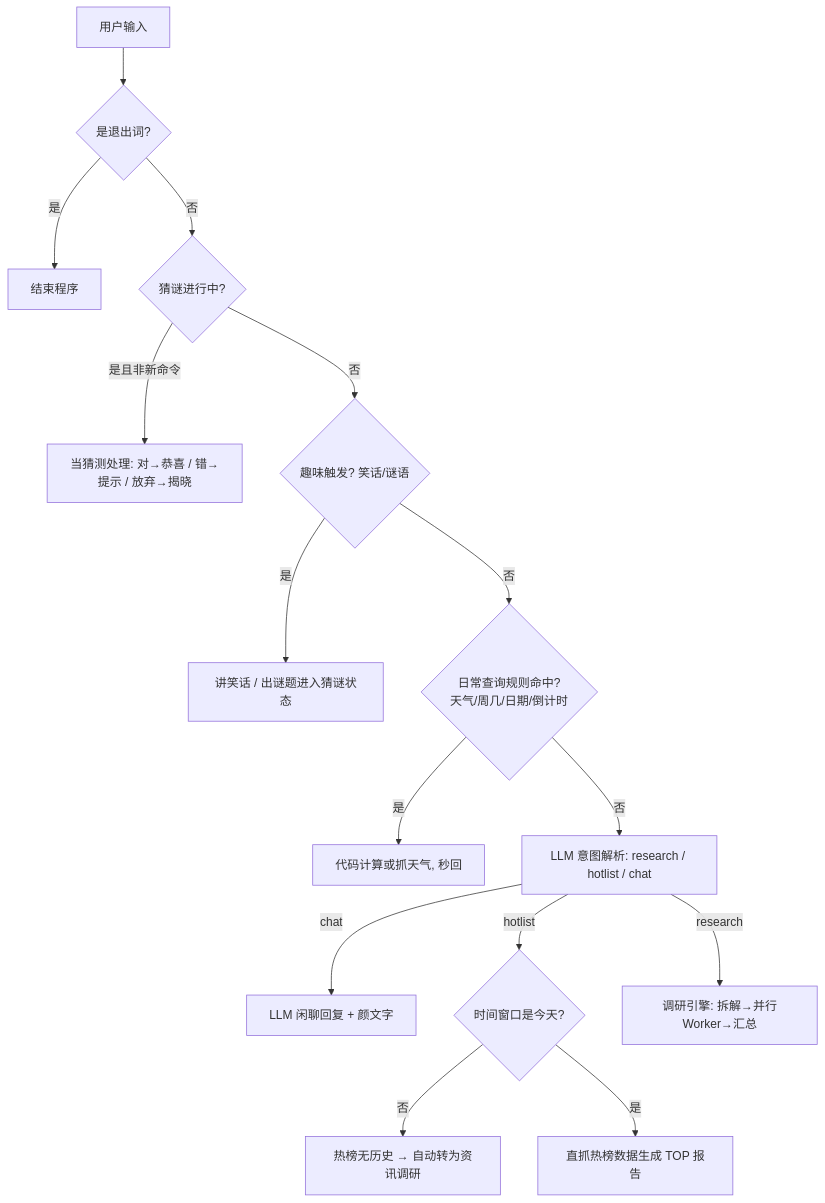
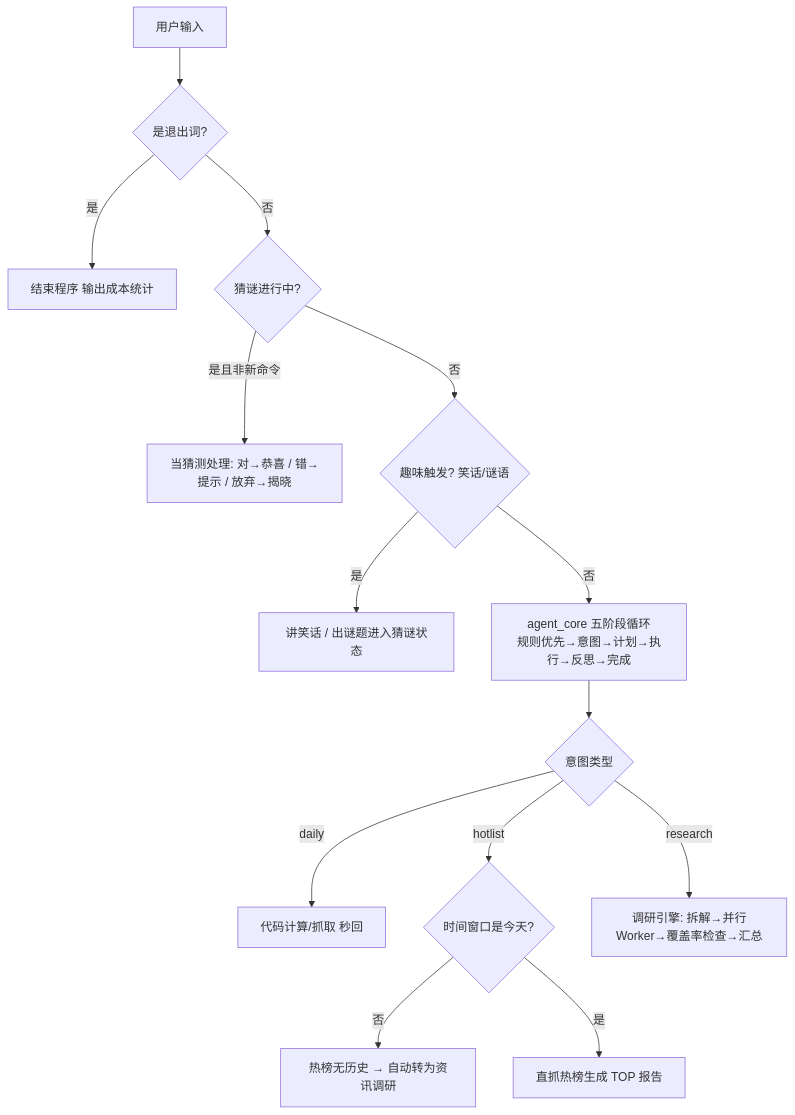
Before and after one commit to Mustar034/hotnews-agent: the second of 3 diagrams in README.md, drawn with Mermaid. The commit also changed other lines of this file and 14 other files, not shown here.

````diff
--- a/README.md
+++ b/README.md
@@ -65,17 +98,16 @@
 ```mermaid
 flowchart TD
     A[用户输入] --> B{是退出词?}
-    B -- 是 --> Z[结束程序]
+    B -- 是 --> Z[结束程序 输出成本统计]
     B -- 否 --> C{猜谜进行中?}
     C -- 是且非新命令 --> C1[当猜测处理: 对→恭喜 / 错→提示 / 放弃→揭晓]
     C -- 否 --> D{趣味触发? 笑话/谜语}
     D -- 是 --> D1[讲笑话 / 出谜题进入猜谜状态]
-    D -- 否 --> E{日常查询规则命中?<br/>天气/周几/日期/倒计时}
-    E -- 是 --> E1[代码计算或抓天气, 秒回]
-    E -- 否 --> F[LLM 意图解析: research / hotlist / chat]
-    F -- chat --> F1[LLM 闲聊回复 + 颜文字]
-    F -- hotlist --> G{时间窗口是今天?}
-    G -- 否 --> G1[热榜无历史 → 自动转为资讯调研]
-    G -- 是 --> G2[直抓热榜数据生成 TOP 报告]
-    F -- research --> H[调研引擎: 拆解→并行Worker→汇总]
+    D -- 否 --> E[agent_core 五阶段循环<br/>规则优先→意图→计划→执行→反思→完成]
+    E --> F{意图类型}
+    F -- daily --> F1[代码计算/抓取 秒回]
+    F -- hotlist --> F2{时间窗口是今天?}
+    F2 -- 否 --> F3[热榜无历史 → 自动转为资讯调研]
+    F2 -- 是 --> F4[直抓热榜生成 TOP 报告]
+    F -- research --> F5[调研引擎: 拆解→并行Worker→覆盖率检查→汇总]
 ```
````
